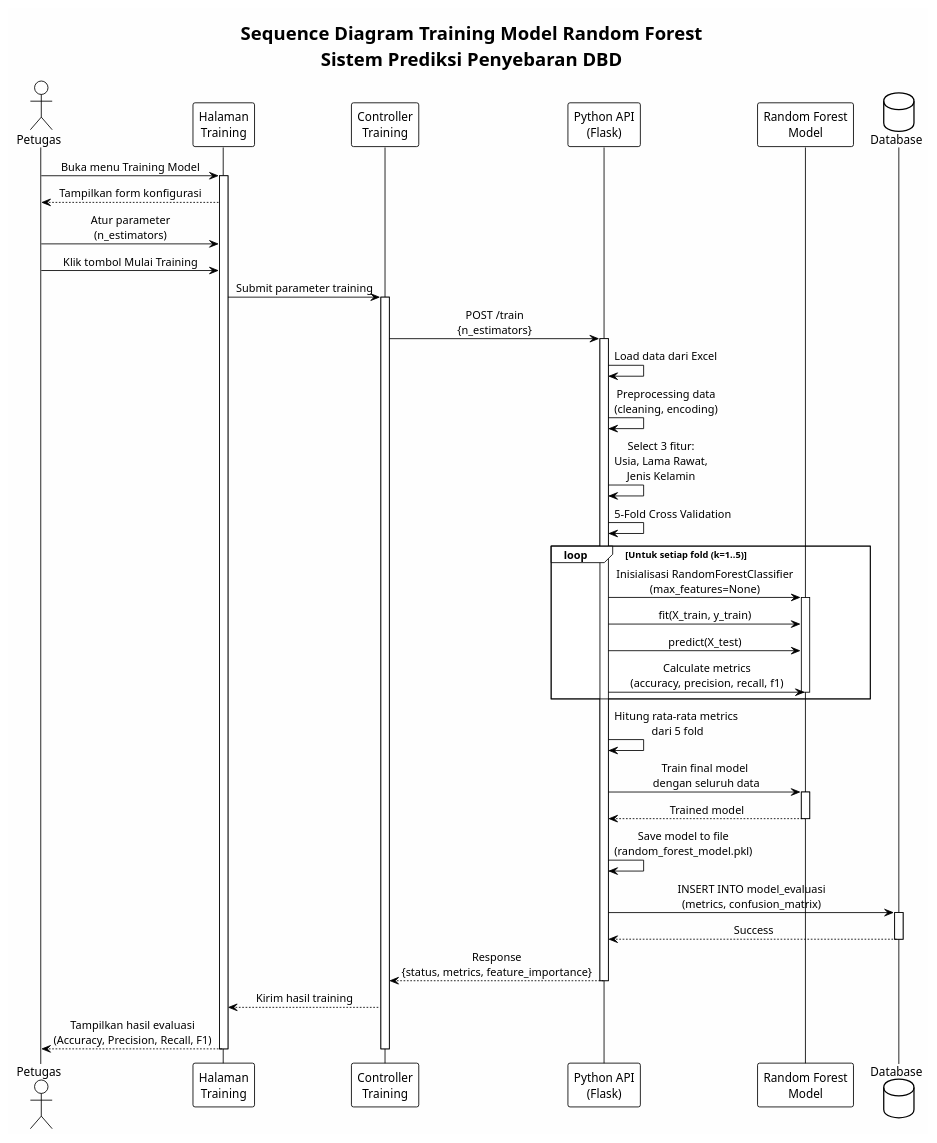
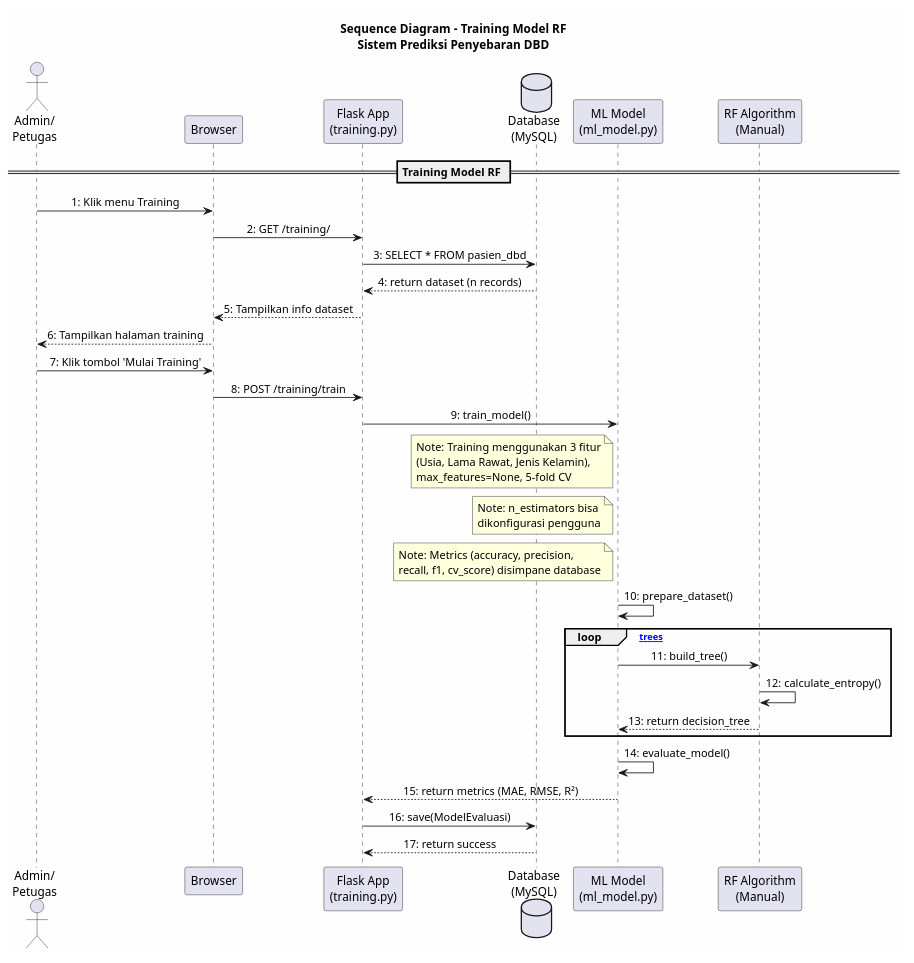
One commit to Suwardi87/prediksi-DBD changed the diagram in Dokumen/UML/sequence_diagram_training.puml. Above: the diagram before and after it, drawn with PlantUML. The commit also changed 39 other files, not shown here.

```diff
--- a/Dokumen/UML/sequence_diagram_training.puml
+++ b/Dokumen/UML/sequence_diagram_training.puml
@@ -1,67 +1,42 @@
-@startuml sequence_diagram_training
-!theme plain
+@startuml Sequence Diagram - Training
 skinparam backgroundColor #FEFEFE
 skinparam sequenceMessageAlign center
 
-title Sequence Diagram Training Model Random Forest\nSistem Prediksi Penyebaran DBD
+title Sequence Diagram - Training Model RF\nSistem Prediksi Penyebaran DBD
 
-actor "Petugas" as User
-participant "Halaman\nTraining" as Page
-participant "Controller\nTraining" as Controller
-participant "Python API\n(Flask)" as API
-participant "Random Forest\nModel" as Model
-database "Database" as DB
+actor "Admin/\nPetugas" as admin
+participant Browser
+participant "Flask App\n(training.py)" as flask
+database "Database\n(MySQL)" as db
+participant "ML Model\n(ml_model.py)" as ml
+participant "RF Algorithm\n(Manual)" as rf
 
-User -> Page : Buka menu Training Model
-activate Page
+== Training Model RF ==
 
-Page --> User : Tampilkan form konfigurasi
+admin -> Browser : 1: Klik menu Training
+Browser -> flask : 2: GET /training/
+flask -> db : 3: SELECT * FROM pasien_dbd
+db --> flask : 4: return dataset (n records)
+flask --> Browser : 5: Tampilkan info dataset
+Browser --> admin : 6: Tampilkan halaman training
 
-User -> Page : Atur parameter\n(n_estimators)
-User -> Page : Klik tombol Mulai Training
+admin -> Browser : 7: Klik tombol 'Mulai Training'
+Browser -> flask : 8: POST /training/train
+flask -> ml : 9: train_model()
+note left of ml : Note: Training menggunakan 3 fitur\n(Usia, Lama Rawat, Jenis Kelamin),\nmax_features=None, 5-fold CV
+note left of ml : Note: n_estimators bisa\ndikonfigurasi pengguna
+note left of ml : Note: Metrics (accuracy, precision,\nrecall, f1, cv_score) disimpan\ke database
+ml -> ml : 10: prepare_dataset()
 
-Page -> Controller : Submit parameter training
-activate Controller
-
-Controller -> API : POST /train\n{n_estimators}
-activate API
-
-API -> API : Load data dari Excel
-API -> API : Preprocessing data\n(cleaning, encoding)
-API -> API : Select 3 fitur:\nUsia, Lama Rawat,\nJenis Kelamin
-
-API -> API : 5-Fold Cross Validation
-
-loop Untuk setiap fold (k=1..5)
-    API -> Model : Inisialisasi RandomForestClassifier\n(max_features=None)
-    activate Model
-    API -> Model : fit(X_train, y_train)
-    API -> Model : predict(X_test)
-    API -> Model : Calculate metrics\n(accuracy, precision, recall, f1)
-    deactivate Model
+loop [25 trees]
+    ml -> rf : 11: build_tree()
+    rf -> rf : 12: calculate_entropy()
+    rf --> ml : 13: return decision_tree
 end
 
-API -> API : Hitung rata-rata metrics\n dari 5 fold
-
-API -> Model : Train final model\n dengan seluruh data
-activate Model
-Model --> API : Trained model
-deactivate Model
-
-API -> API : Save model to file\n(random_forest_model.pkl)
-
-API -> DB : INSERT INTO model_evaluasi\n(metrics, confusion_matrix)
-activate DB
-DB --> API : Success
-deactivate DB
-
-API --> Controller : Response\n{status, metrics, feature_importance}
-deactivate API
-
-Controller --> Page : Kirim hasil training
-Page --> User : Tampilkan hasil evaluasi\n(Accuracy, Precision, Recall, F1)
-
-deactivate Controller
-deactivate Page
+ml -> ml : 14: evaluate_model()
+ml --> flask : 15: return metrics (MAE, RMSE, R²)
+flask -> db : 16: save(ModelEvaluasi)
+db --> flask : 17: return success
 
 @enduml
```
